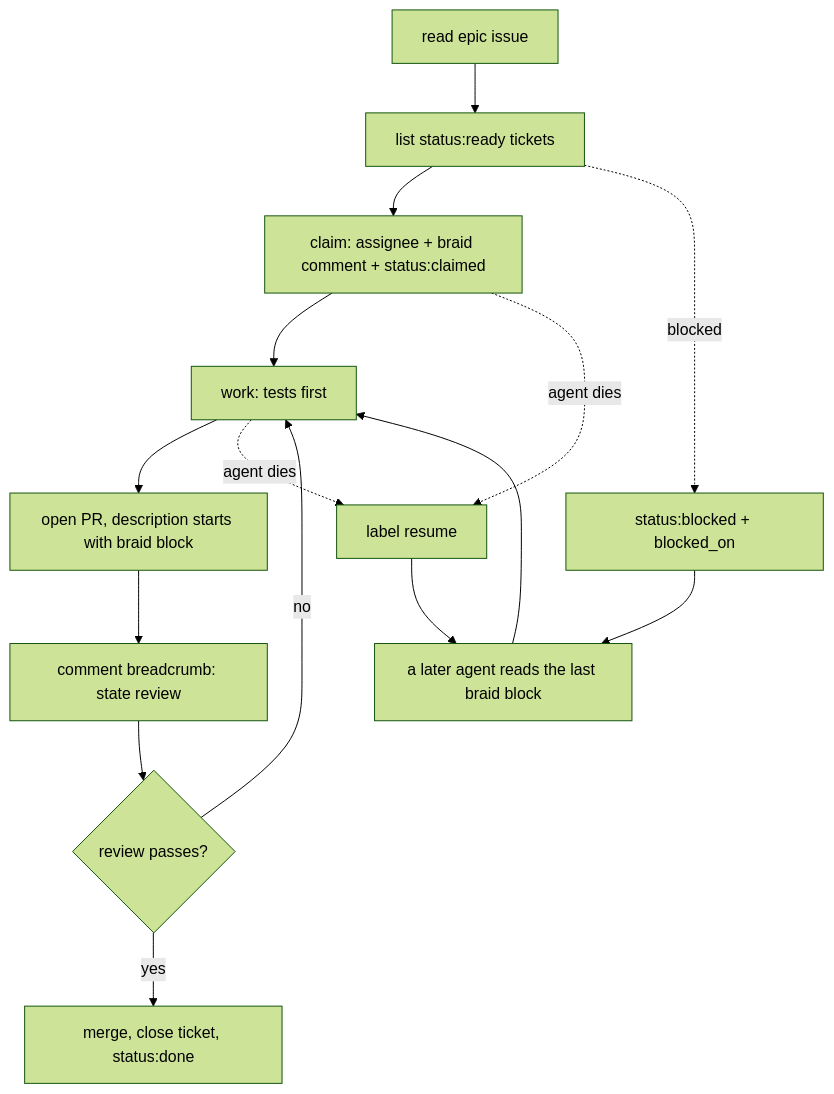
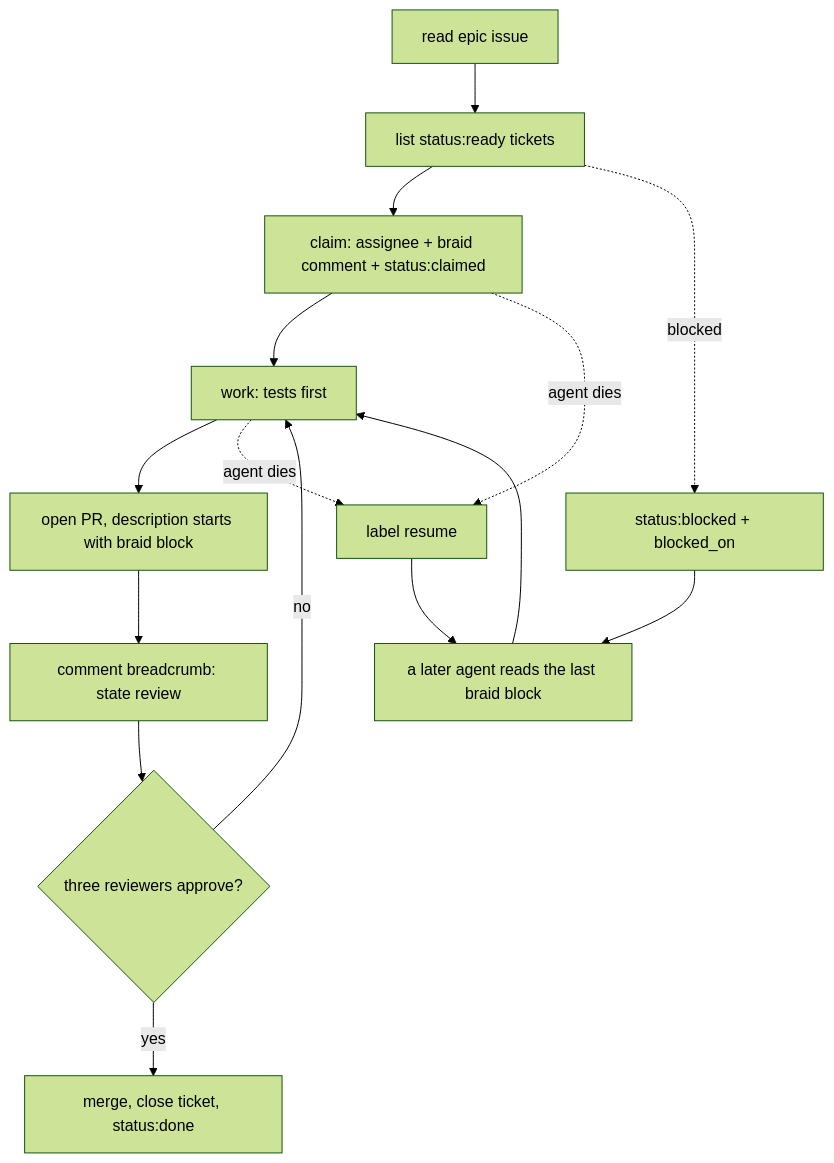
Before and after one commit to superposition/qualia: the diagram in docs/architecture/agents.mmd, drawn with Mermaid (forest theme). The commit also changed 1 other file, not shown here.

Commit message:
docs(architecture): the agents diagram shows the three-reviewer gate

```diff
--- a/docs/architecture/agents.mmd
+++ b/docs/architecture/agents.mmd
@@ -1,15 +1,15 @@
 flowchart TD
   A[read epic issue] --> B[list status:ready tickets]
   B --> C[claim: assignee + braid comment + status:claimed]
   C --> D[work: tests first]
   D --> E[open PR, description starts with braid block]
   E --> F[comment breadcrumb: state review]
-  F --> G{review passes?}
+  F --> G{three reviewers approve?}
   G -- yes --> H[merge, close ticket, status:done]
   G -- no --> D
   C -. "agent dies" .-> X[label resume]
   D -. "agent dies" .-> X
   X --> Y[a later agent reads the last braid block]
   Y --> D
   B -. "blocked" .-> Z[status:blocked + blocked_on]
   Z --> Y
```
